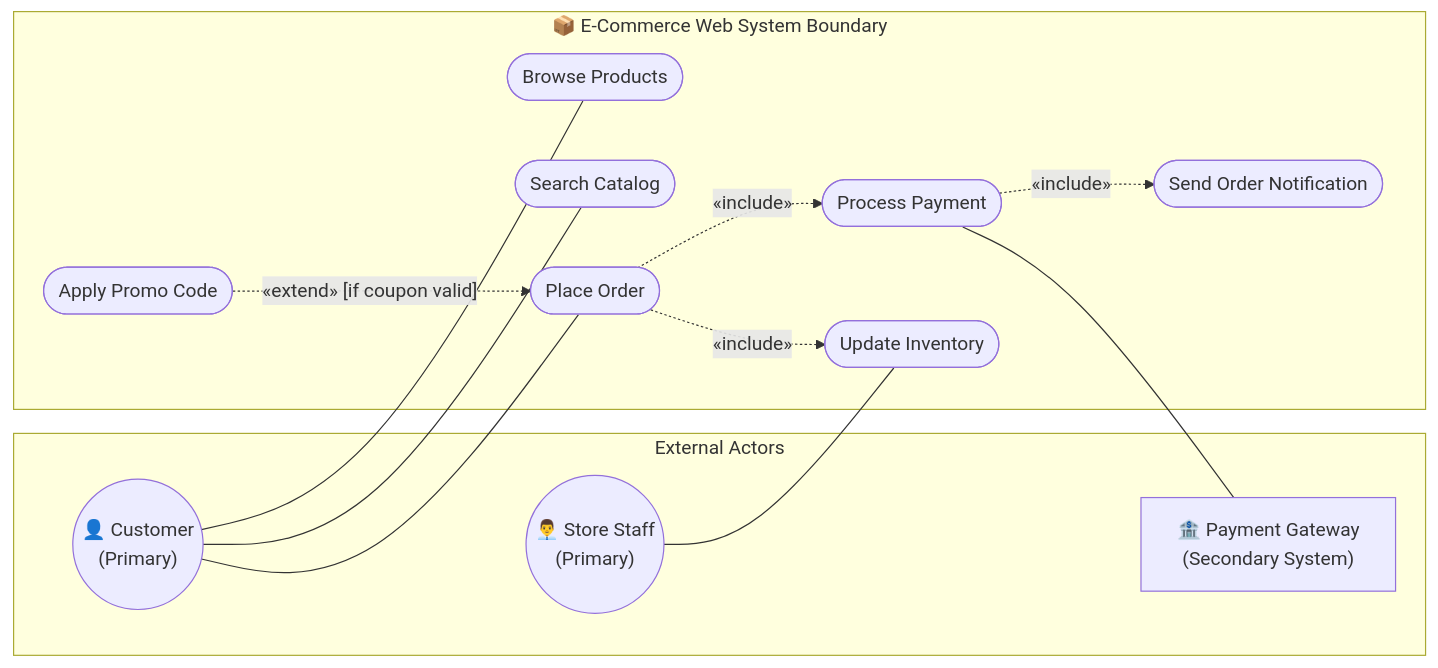
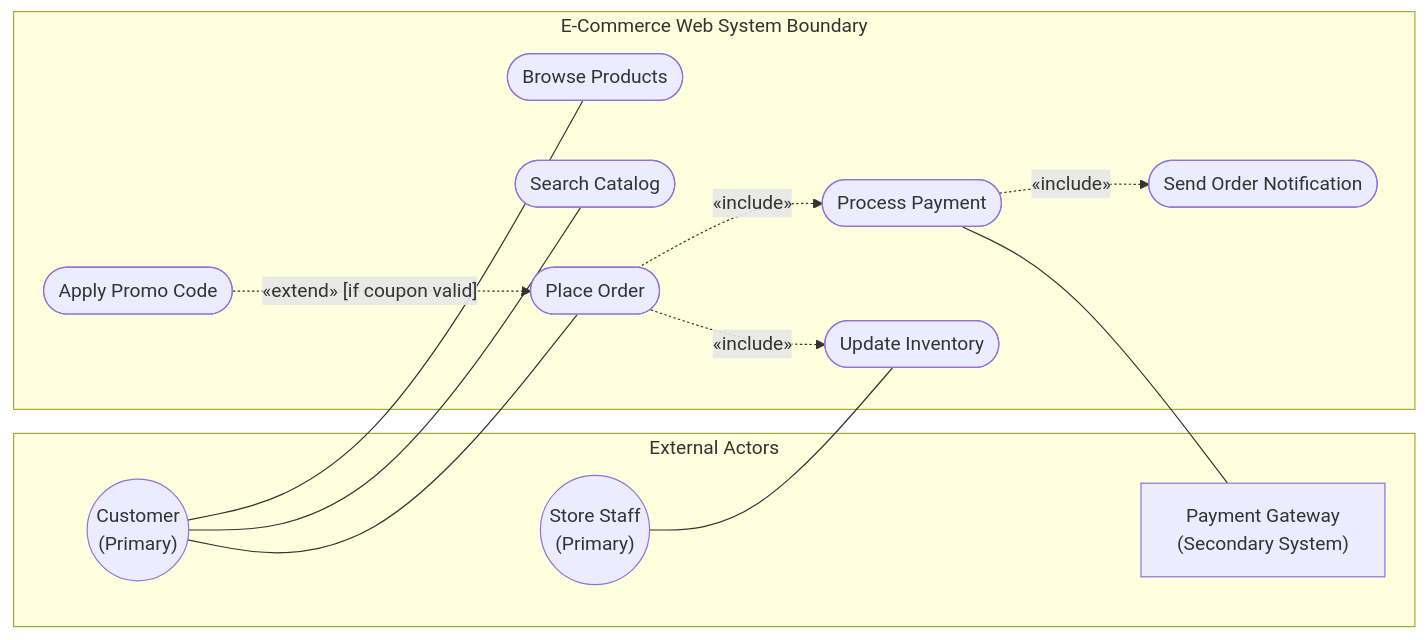
One commit to kuranne/CSTU40 changed the eighth of 15 diagrams in Year 2/Semester 1/CS261 - Software Engineering/Lectures/Diagram.md. Above: the diagram before and after it, drawn with Mermaid. The commit also changed other lines of this file and 83 other files, not shown here.

````diff
--- a/Year 2/Semester 1/CS261 - Software Engineering/Lectures/Diagram.md
+++ b/Year 2/Semester 1/CS261 - Software Engineering/Lectures/Diagram.md
@@ -493,30 +493,30 @@
 ```mermaid
 flowchart LR
     subgraph Actors ["External Actors"]
-        Customer(("👤 Customer<br/>(Primary)"))
-        Staff(("👨‍💼 Store Staff<br/>(Primary)"))
-        BankSystem["🏦 Payment Gateway<br/>(Secondary System)"]
+        Customer(("Customer<br/>(Primary)"))
+        Staff(("Store Staff<br/>(Primary)"))
+        BankSystem["Payment Gateway<br/>(Secondary System)"]
     end
 
-    subgraph SystemBoundary ["📦 E-Commerce Web System Boundary"]
+    subgraph SystemBoundary ["E-Commerce Web System Boundary"]
         UC1(["Browse Products"])
         UC2(["Search Catalog"])
         UC3(["Place Order"])
         UC4(["Process Payment"])
         UC5(["Apply Promo Code"])
         UC6(["Send Order Notification"])
         UC7(["Update Inventory"])
     end
 
     Customer --- UC1
     Customer --- UC2
     Customer --- UC3
     Staff --- UC7
 
     UC3 -. "«include»" .-> UC4
     UC3 -. "«include»" .-> UC7
     UC5 -. "«extend» [if coupon valid]" .-> UC3
     UC4 -. "«include»" .-> UC6
 
     UC4 --- BankSystem
 ```
````
